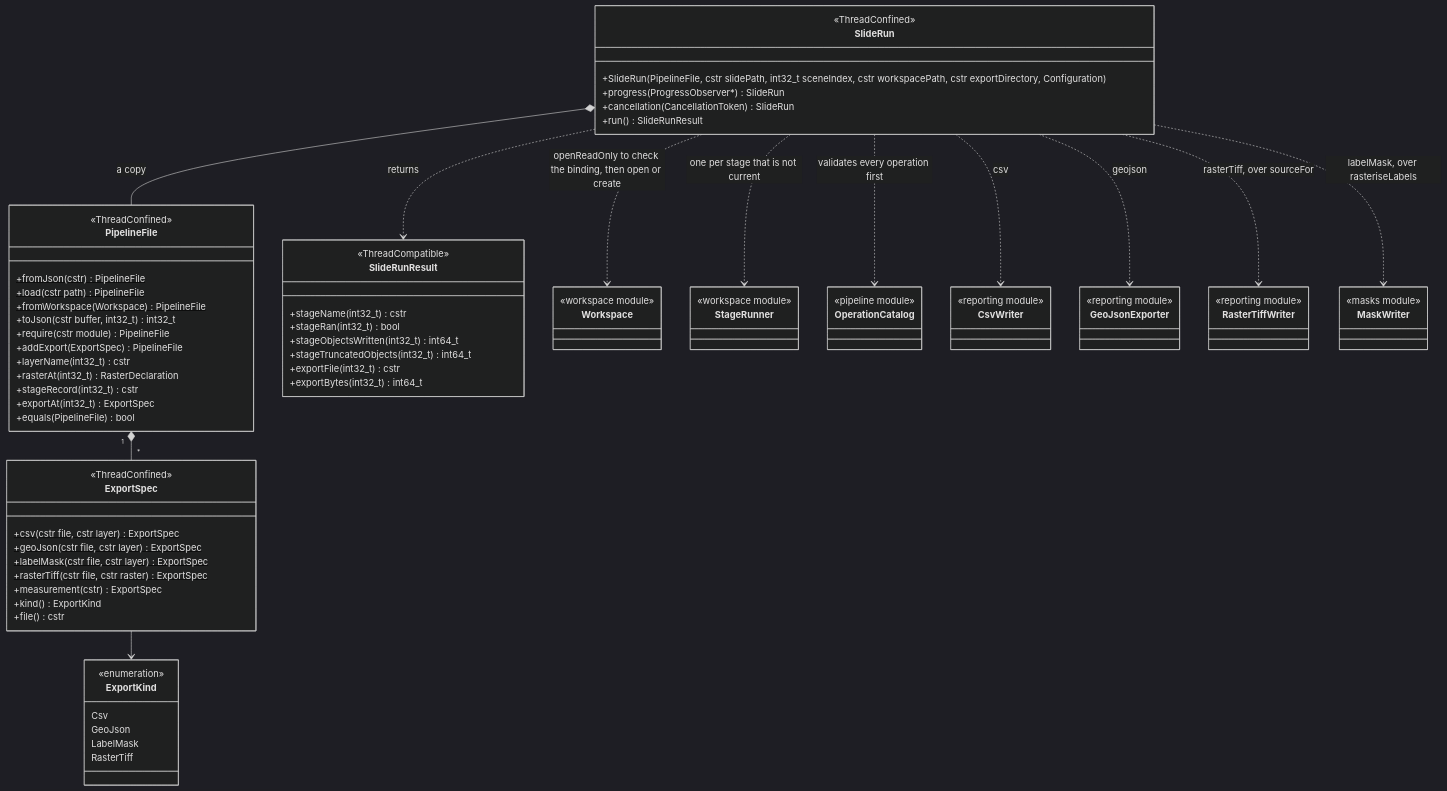
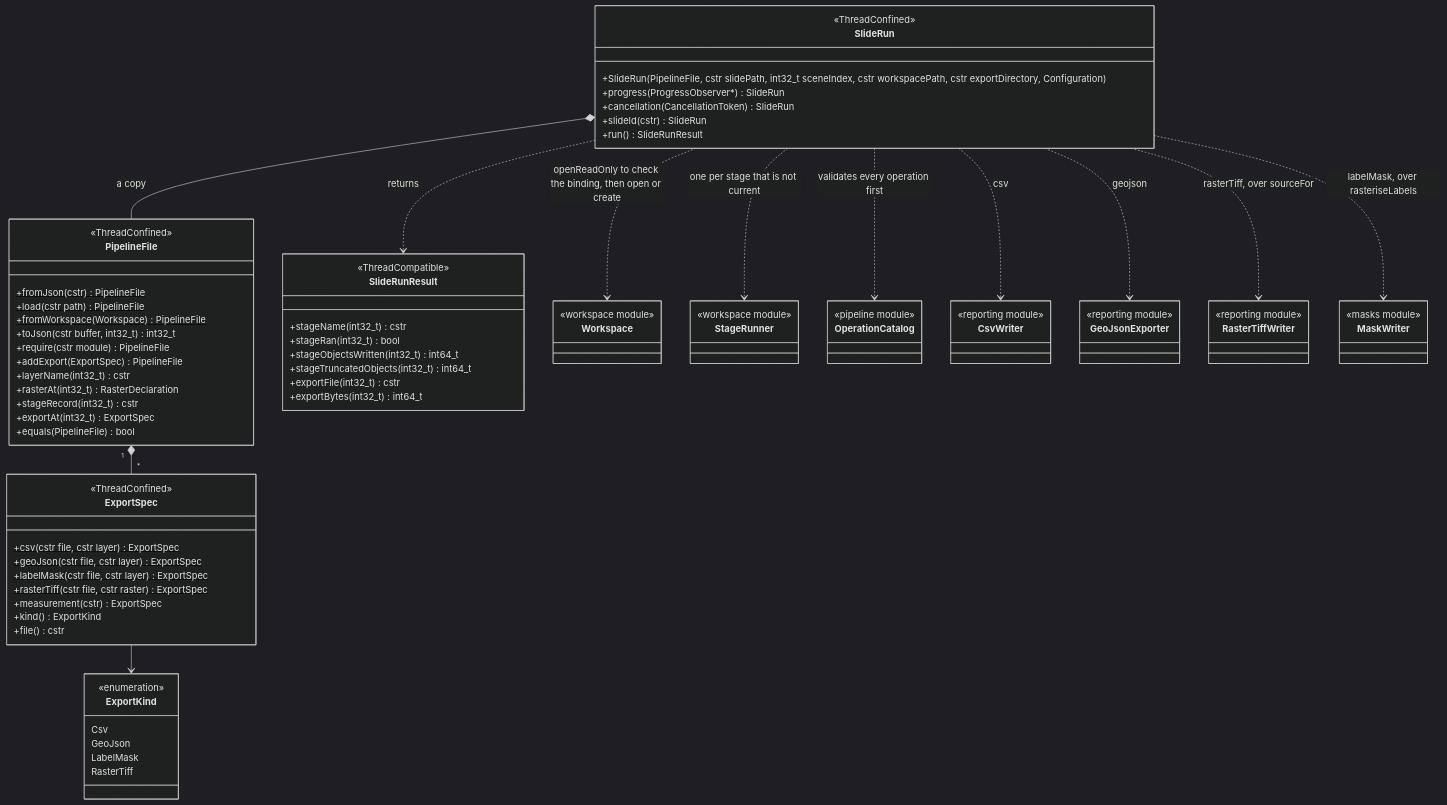
Before and after one commit to Booritas/slideio-processor: diagram 16 of 16 in docs/superpowers/specs/sds/08-class-diagrams.md, drawn with Mermaid (dark theme). The commit also changed other lines of this file and 13 other files, not shown here.

Commit message:
feat(reporting,run): exports carry a caller-chosen slide id instead of the slide path

```diff
--- a/docs/superpowers/specs/sds/08-class-diagrams.md
+++ b/docs/superpowers/specs/sds/08-class-diagrams.md
@@ -2466,6 +2468,7 @@
         +SlideRun(PipelineFile, cstr slidePath, int32_t sceneIndex, cstr workspacePath, cstr exportDirectory, Configuration)
         +progress(ProgressObserver*) SlideRun
         +cancellation(CancellationToken) SlideRun
+        +slideId(cstr) SlideRun
         +run() SlideRunResult
     }
 
```
